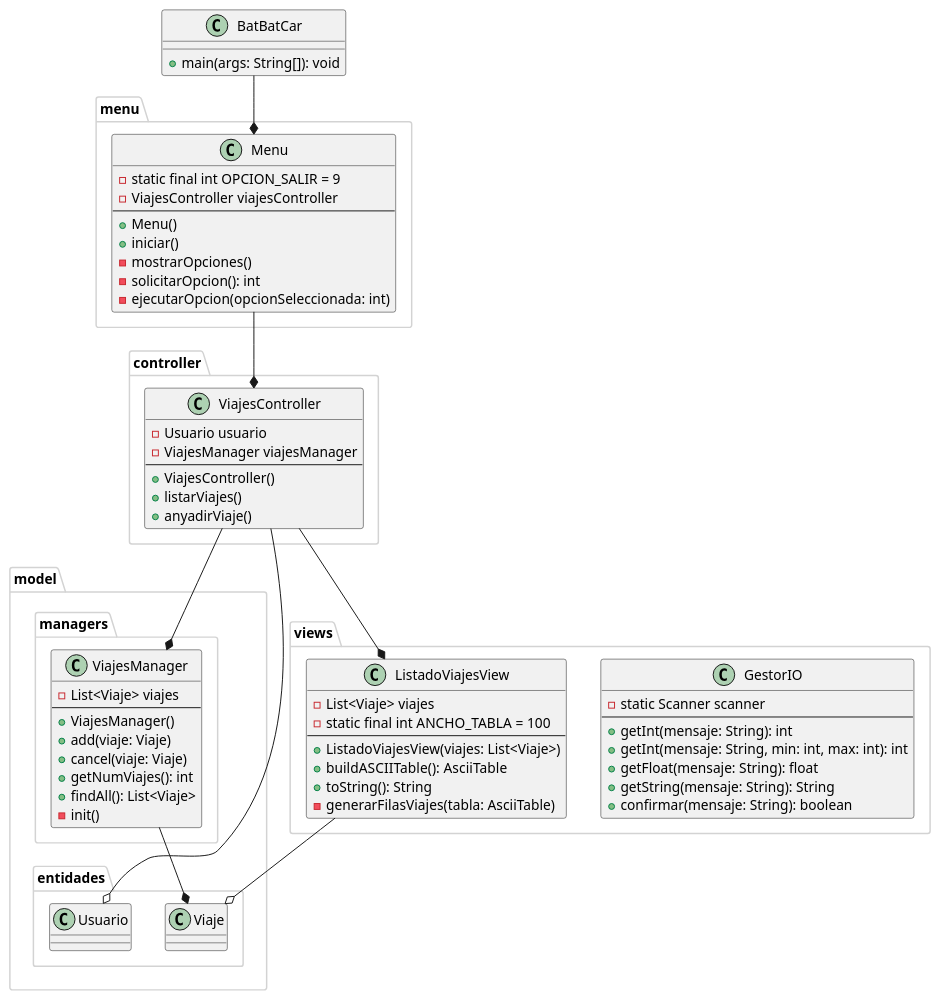
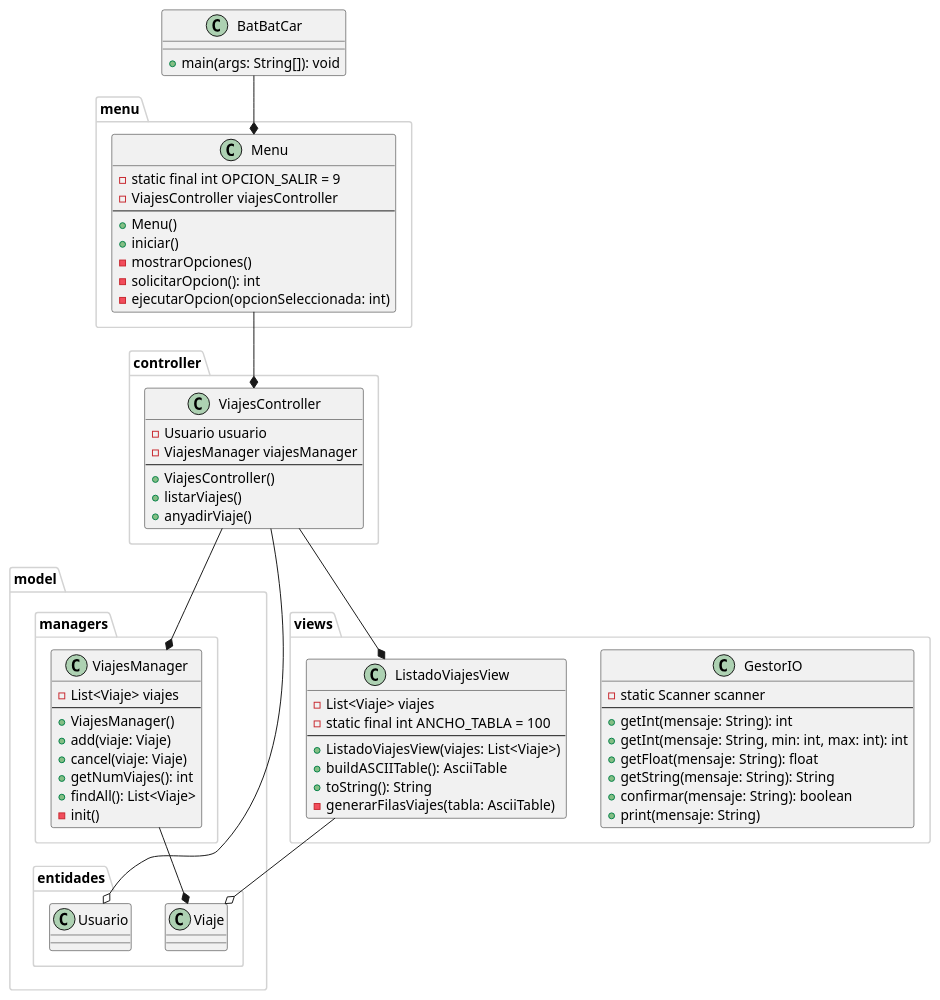
One commit to TTKarlos/BatBatCar2 changed the diagram in src/main/java/es/progcipfpbatoi/diagram/diagrama.puml. Above: the diagram before and after it, drawn with PlantUML. The commit also changed 1 other file, not shown here.

Commit message:
MOD diagrama

```diff
--- a/src/main/java/es/progcipfpbatoi/diagram/diagrama.puml
+++ b/src/main/java/es/progcipfpbatoi/diagram/diagrama.puml
@@ -1,90 +1,91 @@
 @startuml
 
 skinparam package {
     BorderColor lightgrey
 }
 
 package controller {
     class ViajesController {
         - Usuario usuario
         - ViajesManager viajesManager
         --
         + ViajesController()
         + listarViajes()
         + anyadirViaje()
     }
 }
 
 package model.managers {
     class ViajesManager {
         - List<Viaje> viajes
         --
         + ViajesManager()
         + add(viaje: Viaje)
         + cancel(viaje: Viaje)
         + getNumViajes(): int
         + findAll(): List<Viaje>
         - init()
     }
 }
 
 package model.entidades {
     class Viaje {
     }
 }
 
 package model.entidades {
     class Usuario {
     }
 }
 
 package views {
 class GestorIO {
         - static Scanner scanner
         --
         + getInt(mensaje: String): int
         + getInt(mensaje: String, min: int, max: int): int
         + getFloat(mensaje: String): float
         + getString(mensaje: String): String
         + confirmar(mensaje: String): boolean
+        + print(mensaje: String)
     }
 
     class ListadoViajesView {
         - List<Viaje> viajes
         - static final int ANCHO_TABLA = 100
         --
         + ListadoViajesView(viajes: List<Viaje>)
         + buildASCIITable(): AsciiTable
         + toString(): String
         - generarFilasViajes(tabla: AsciiTable)
     }
 }
 
 package menu {
     class Menu {
         - static final int OPCION_SALIR = 9
         - ViajesController viajesController
         --
         + Menu()
         + iniciar()
         - mostrarOpciones()
         - solicitarOpcion(): int
         - ejecutarOpcion(opcionSeleccionada: int)
     }
 }
 
 
     class BatBatCar {
         + main(args: String[]): void
     }
 
 BatBatCar --* Menu
 ViajesController --* ViajesManager
 ViajesController --* ListadoViajesView
 
 ViajesController --o Usuario
 ListadoViajesView --o Viaje
 ViajesManager --* Viaje
 Menu --* ViajesController
 
 @enduml
```
